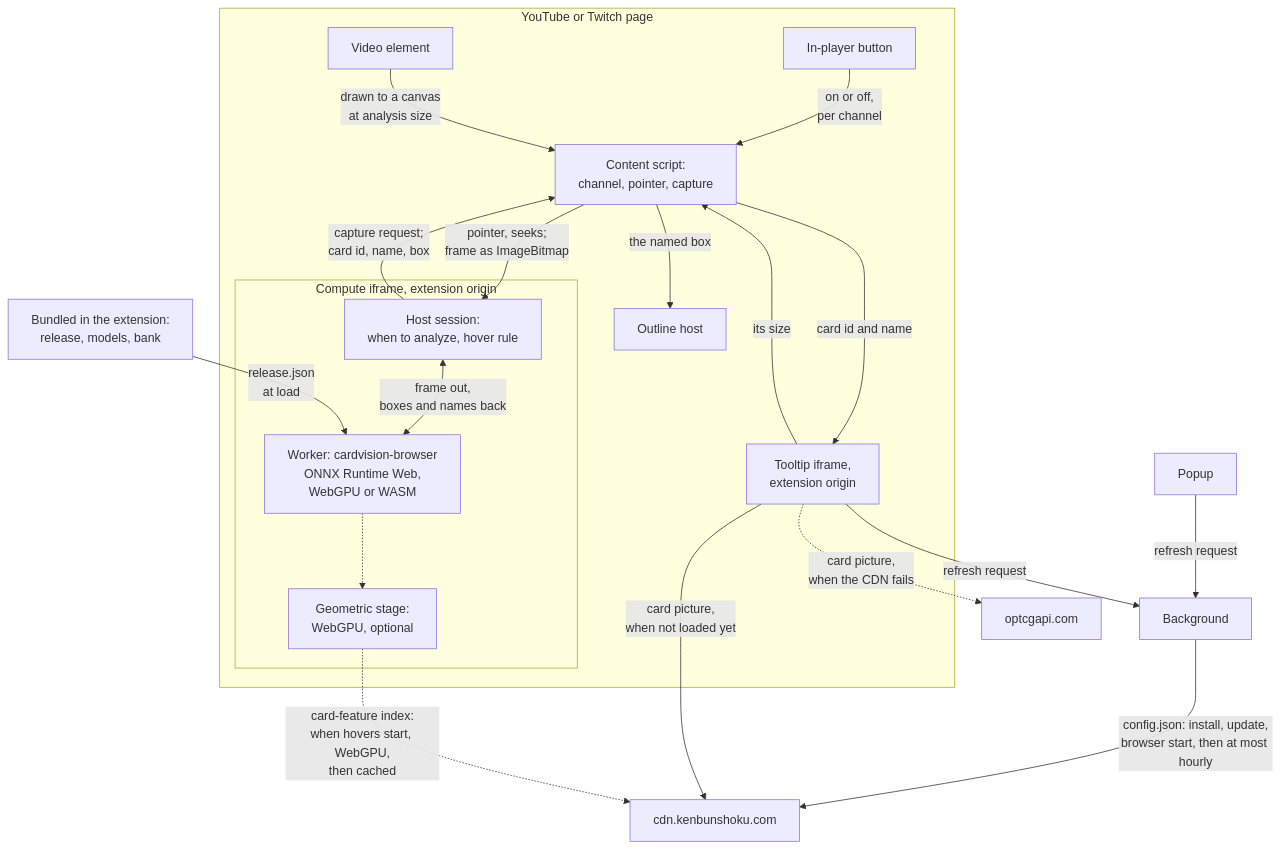
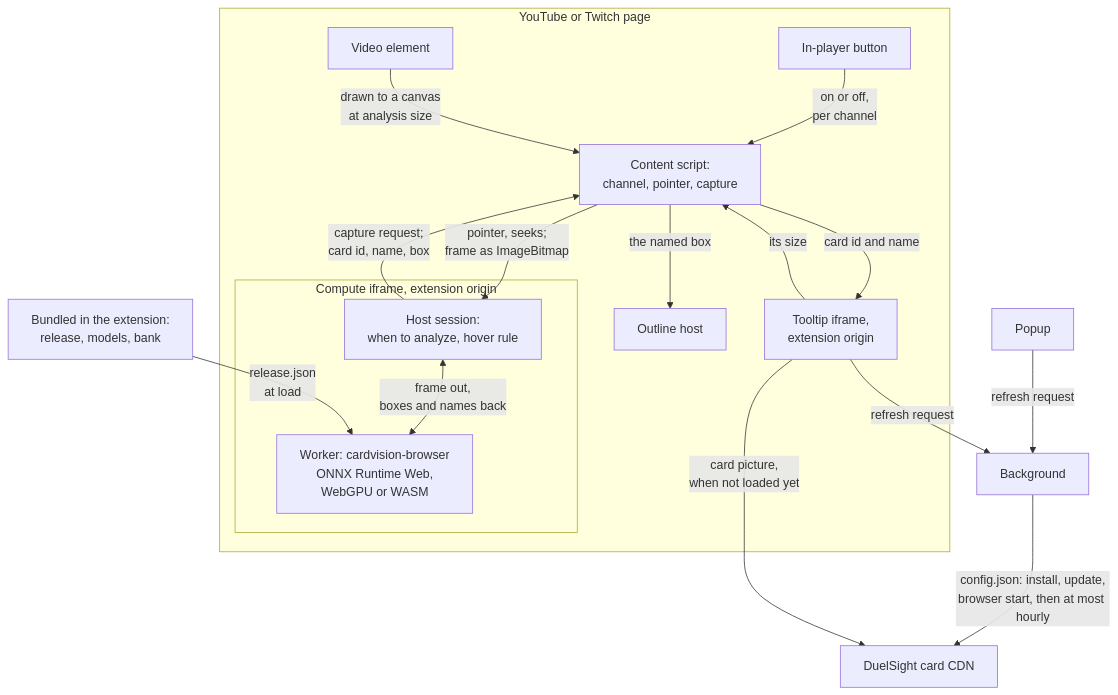
One commit to ryangswe/duelsight changed the diagram in docs/how-it-works.md. Above: the diagram before and after it, drawn with Mermaid. The commit also changed other lines of this file and 27 other files, not shown here.

Commit message:
DuelSight copy: README, PRIVACY, docs, NOTICE, MAINTAINING, store listing draft; drop One Piece images

````diff
--- a/docs/how-it-works.md
+++ b/docs/how-it-works.md
@@ -36,37 +33,32 @@
 ```mermaid
 flowchart TD
     subgraph PAGE["YouTube or Twitch page"]
         VID["Video element"]
         CS["Content script:<br/>channel, pointer, capture"]
         BTN["In-player button"]
         OUT["Outline host"]
         subgraph CF["Compute iframe, extension origin"]
             HS["Host session:<br/>when to analyze, hover rule"]
             W["Worker: cardvision-browser<br/>ONNX Runtime Web,<br/>WebGPU or WASM"]
-            GEO["Geometric stage:<br/>WebGPU, optional"]
         end
         TT["Tooltip iframe,<br/>extension origin"]
     end
     PKG["Bundled in the extension:<br/>release, models, bank"]
     POP["Popup"]
     BG["Background"]
-    CDN["cdn.kenbunshoku.com"]
-    OPT["optcgapi.com"]
+    CDN["DuelSight card CDN"]
 
     BTN -- "on or off,<br/>per channel" --> CS
     VID -- "drawn to a canvas<br/>at analysis size" --> CS
     CS -- "pointer, seeks;<br/>frame as ImageBitmap" --> HS
     HS -- "capture request;<br/>card id, name, box" --> CS
     HS <-- "frame out,<br/>boxes and names back" --> W
     PKG -- "release.json<br/>at load" --> W
-    W -.-> GEO
     CS -- "card id and name" --> TT
     TT -- "its size" --> CS
     CS -- "the named box" --> OUT
     TT -- "refresh request" --> BG
     POP -- "refresh request" --> BG
     BG -- "config.json: install, update,<br/>browser start, then at most hourly" --> CDN
     TT -- "card picture,<br/>when not loaded yet" --> CDN
-    TT -. "card picture,<br/>when the CDN fails" .-> OPT
-    GEO -. "card-feature index:<br/>when hovers start, WebGPU,<br/>then cached" .-> CDN
 ```
````
